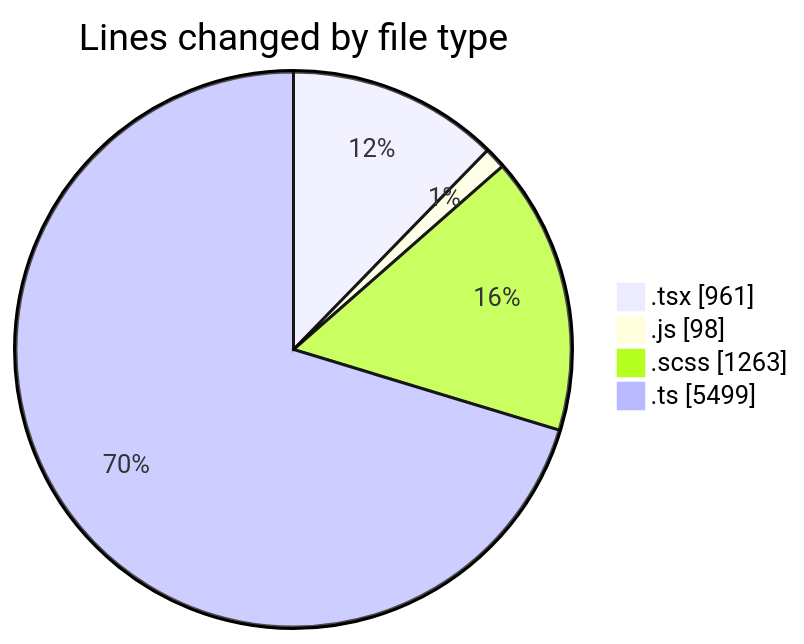
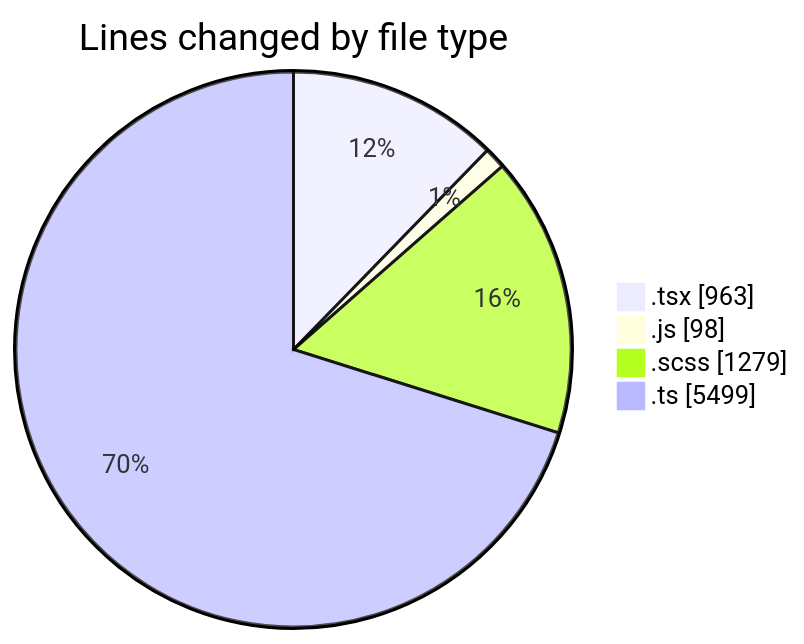
One commit to momahboobian/code-tracking changed the first of 2 diagrams in 2025-03-31/cda/README.md. Above: the diagram before and after it, drawn with Mermaid. The commit also changed other lines of this file and 1 other file, not shown here.

````diff
--- a/2025-03-31/cda/README.md
+++ b/2025-03-31/cda/README.md
@@ -39,8 +39,8 @@
 ```mermaid
 pie showData
 title Lines changed by file type
-".tsx" : 961
+".tsx" : 963
 ".js" : 98
-".scss" : 1263
+".scss" : 1279
 ".ts" : 5499
 ```
````
